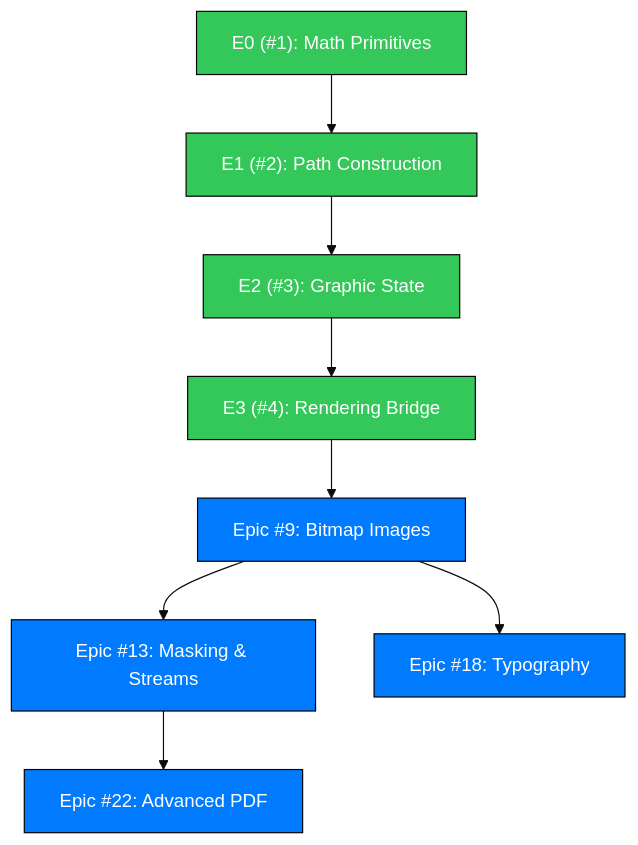
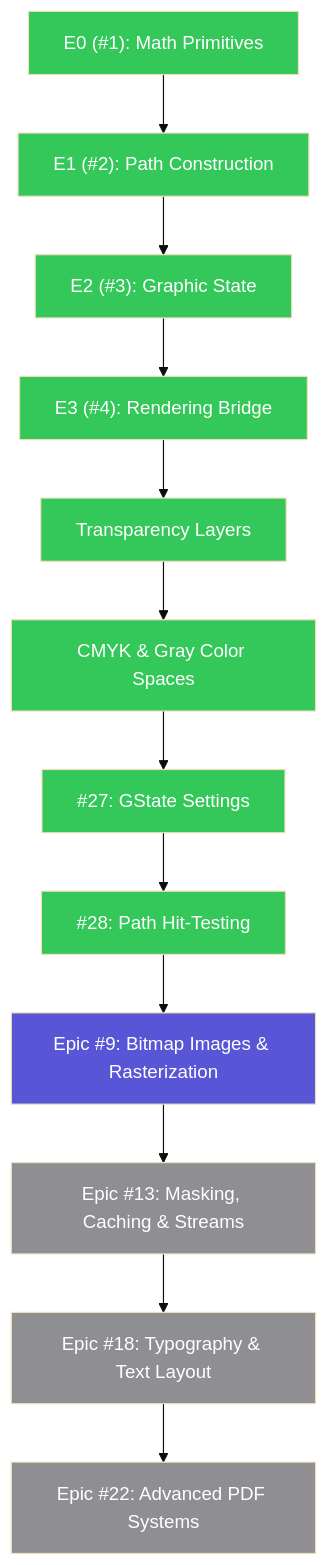
Before and after one commit to SlayerMotion/PureDraw: the first of 6 diagrams in README.md, drawn with Mermaid (base theme). The commit also changed other lines of this file and 11 other files, not shown here.

First line of the commit message:
feat: implement graphics state properties and path containment checks

````diff
--- a/README.md
+++ b/README.md
@@ -131,29 +131,22 @@
 ```mermaid
-flowchart TD
-    classDef done fill:#34c759,stroke:#000,color:#fff
-    classDef active fill:#007aff,stroke:#000,color:#fff
+flowchart TB
+    classDef done    fill:#34C759,color:#FFFFFF
+    classDef active  fill:#007AFF,color:#FFFFFF
+    classDef review  fill:#30B0C7,color:#FFFFFF
+    classDef next    fill:#5856D6,color:#FFFFFF
+    classDef partial fill:#FF9500,color:#FFFFFF
+    classDef todo    fill:#8E8E93,color:#FFFFFF
 
-    E0["E0 (#1): Math Primitives"]:::done
-    E1["E1 (#2): Path Construction"]:::done
-    E2["E2 (#3): Graphic State"]:::done
-    E3["E3 (#4): Rendering Bridge"]:::done
-    
-    Epic9["Epic #9: Bitmap Images"]:::active
-    Epic13["Epic #13: Masking & Streams"]:::active
-    Epic18["Epic #18: Typography"]:::active
-    Epic22["Epic #22: Advanced PDF"]:::active
-
-    E0 --> E1 --> E2 --> E3
-    E3 --> Epic9 --> Epic13
-    Epic9 --> Epic18
-    Epic13 --> Epic22
+    E0["E0 (#1): Math Primitives"]:::done --> E1["E1 (#2): Path Construction"]:::done --> E2["E2 (#3): Graphic State"]:::done --> E3["E3 (#4): Rendering Bridge"]:::done --> TL["Transparency Layers"]:::done --> CS["CMYK & Gray Color Spaces"]:::done --> P1_1["#27: GState Settings"]:::done --> P1_2["#28: Path Hit-Testing"]:::done --> Epic9["Epic #9: Bitmap Images & Rasterization"]:::next --> Epic13["Epic #13: Masking, Caching & Streams"]:::todo --> Epic18["Epic #18: Typography & Text Layout"]:::todo --> Epic22["Epic #22: Advanced PDF Systems"]:::todo
 
     click E0 href "https://github.com/mihaelamj/PureDraw/issues/1" "E0"
     click E1 href "https://github.com/mihaelamj/PureDraw/issues/2" "E1"
     click E2 href "https://github.com/mihaelamj/PureDraw/issues/3" "E2"
     click E3 href "https://github.com/mihaelamj/PureDraw/issues/4" "E3"
+    click P1_1 href "https://github.com/mihaelamj/PureDraw/issues/27" "Issue #27"
+    click P1_2 href "https://github.com/mihaelamj/PureDraw/issues/28" "Issue #28"
     click Epic9 href "https://github.com/mihaelamj/PureDraw/issues/9" "Epic #9"
     click Epic13 href "https://github.com/mihaelamj/PureDraw/issues/13" "Epic #13"
     click Epic18 href "https://github.com/mihaelamj/PureDraw/issues/18" "Epic #18"
     click Epic22 href "https://github.com/mihaelamj/PureDraw/issues/22" "Epic #22"
 ```
````
